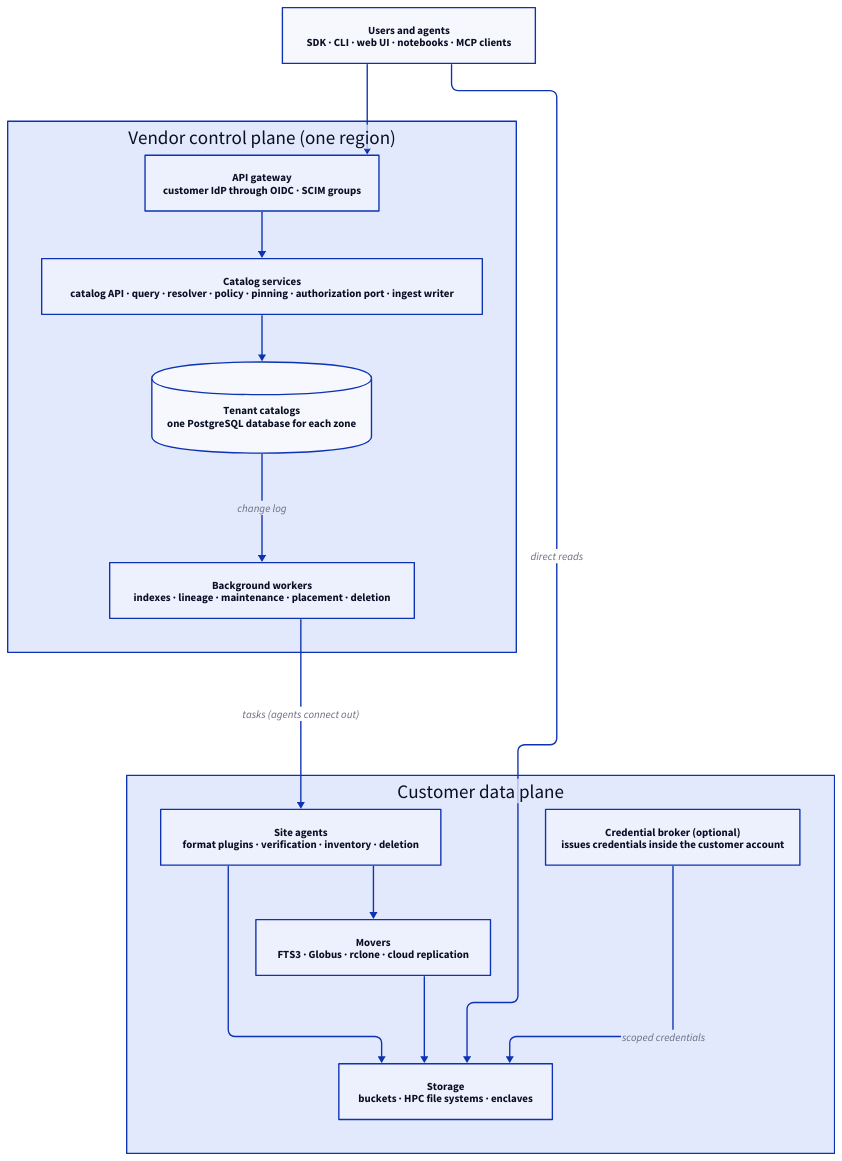
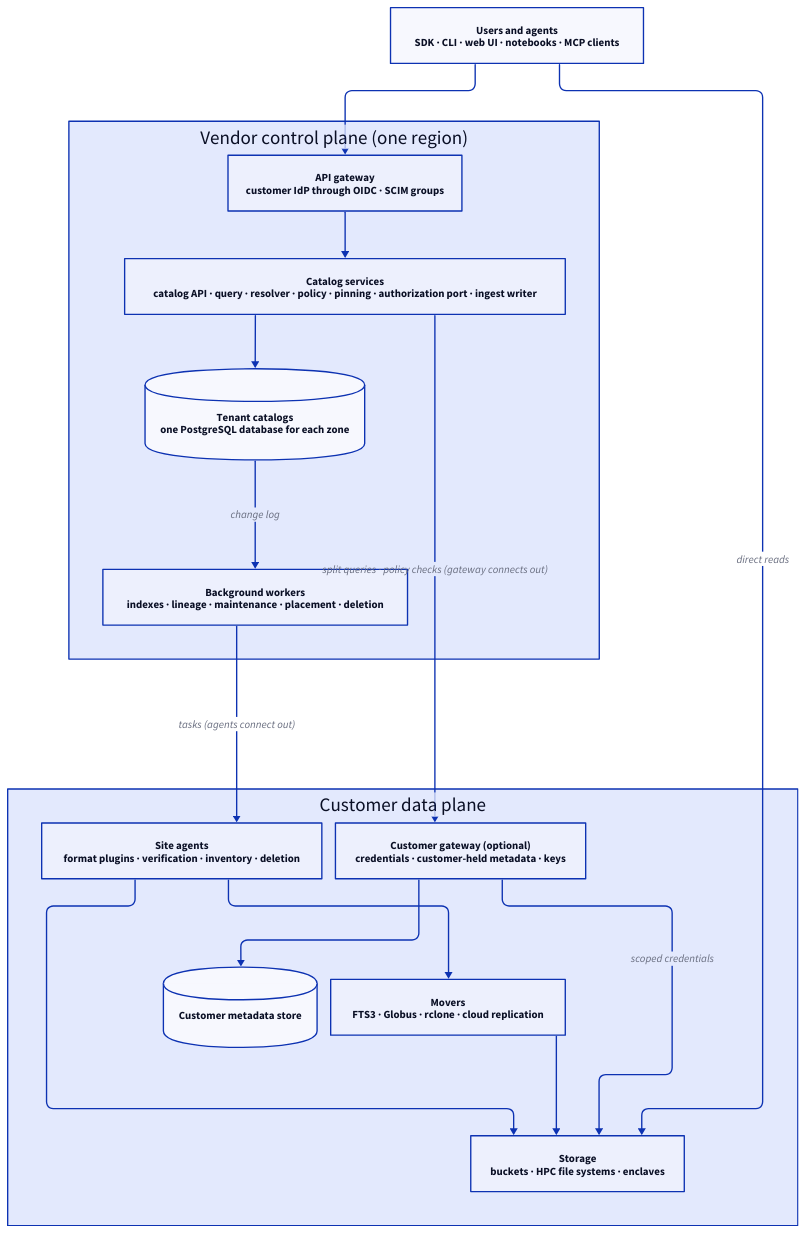
One commit to brianv0/mudcat changed the diagram in docs/hosted.md. Above: the diagram before and after it, drawn with D2. The commit also changed other lines of this file and 2 other files, not shown here.

First line of the commit message:
Let customers control some metadata in a hosted deployment

````diff
--- a/docs/hosted.md
+++ b/docs/hosted.md
@@ -19,37 +19,42 @@
 ```d2
 vars: {
   d2-config: {
     layout-engine: elk
   }
 }
 direction: down
 
 users: "Users and agents\nSDK · CLI · web UI · notebooks · MCP clients"
 
 vendor: Vendor control plane (one region) {
   front: "API gateway\ncustomer IdP through OIDC · SCIM groups"
   services: "Catalog services\ncatalog API · query · resolver · policy · pinning · authorization port · ingest writer"
   tenants: "Tenant catalogs\none PostgreSQL database for each zone" {
     shape: cylinder
   }
   workers: "Background workers\nindexes · lineage · maintenance · placement · deletion"
   front -> services
   services -> tenants
   tenants -> workers: change log
 }
 
 customer: Customer data plane {
   agents: "Site agents\nformat plugins · verification · inventory · deletion"
-  broker: "Credential broker (optional)\nissues credentials inside the customer account"
+  broker: "Customer gateway (optional)\ncredentials · customer-held metadata · keys"
+  metastore: "Customer metadata store" {
+    shape: cylinder
+  }
+  broker -> metastore
   storage: "Storage\nbuckets · HPC file systems · enclaves"
   movers: "Movers\nFTS3 · Globus · rclone · cloud replication"
   agents -> storage
   agents -> movers
   movers -> storage
   broker -> storage: scoped credentials
 }
 
 users -> vendor.front
 vendor.workers -> customer.agents: tasks (agents connect out)
 users -> customer.storage: direct reads
+vendor.services -> customer.broker: split queries · policy checks (gateway connects out)
 ```
````
